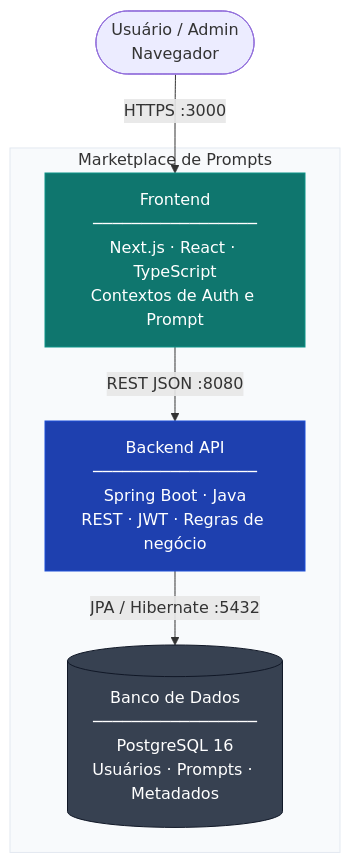
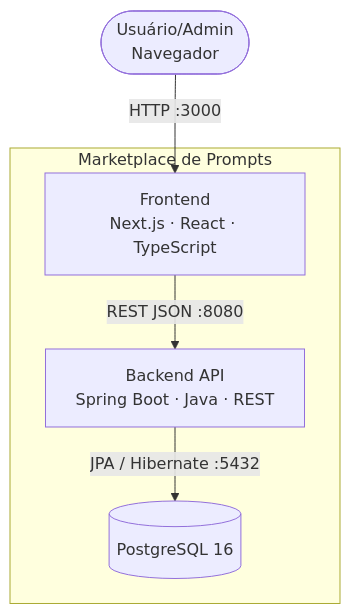
One commit to nataliarosa88/marketplace-de-prompts changed the second of 10 diagrams in README.md. Above: the diagram before and after it, drawn with Mermaid. The commit also changed other lines of this file and 31 other files, not shown here.

First line of the commit message:
Remove auth flow and switch admin to secret URL.

````diff
--- a/README.md
+++ b/README.md
@@ -93,19 +96,14 @@
 ```mermaid
 graph TB
-    U([Usuário / Admin\nNavegador])
+    U([Usuário/Admin\nNavegador])
 
     subgraph Sistema["Marketplace de Prompts"]
-        FE["Frontend\n─────────────────\nNext.js · React · TypeScript\nContextos de Auth e Prompt"]
-        BE["Backend API\n─────────────────\nSpring Boot · Java\nREST · JWT · Regras de negócio"]
-        DB[("Banco de Dados\n─────────────────\nPostgreSQL 16\nUsuários · Prompts · Metadados")]
+        FE["Frontend\nNext.js · React · TypeScript"]
+        BE["Backend API\nSpring Boot · Java · REST"]
+        DB[("PostgreSQL 16")]
     end
 
-    U -->|"HTTPS :3000"| FE
+    U -->|"HTTP :3000"| FE
     FE -->|"REST JSON :8080"| BE
     BE -->|"JPA / Hibernate :5432"| DB
-
-    style FE fill:#0f766e,color:#fff,stroke:#0d9488
-    style BE fill:#1e40af,color:#fff,stroke:#1d4ed8
-    style DB fill:#374151,color:#fff,stroke:#111827
-    style Sistema fill:#f8fafc,stroke:#e2e8f0
 ```
````
